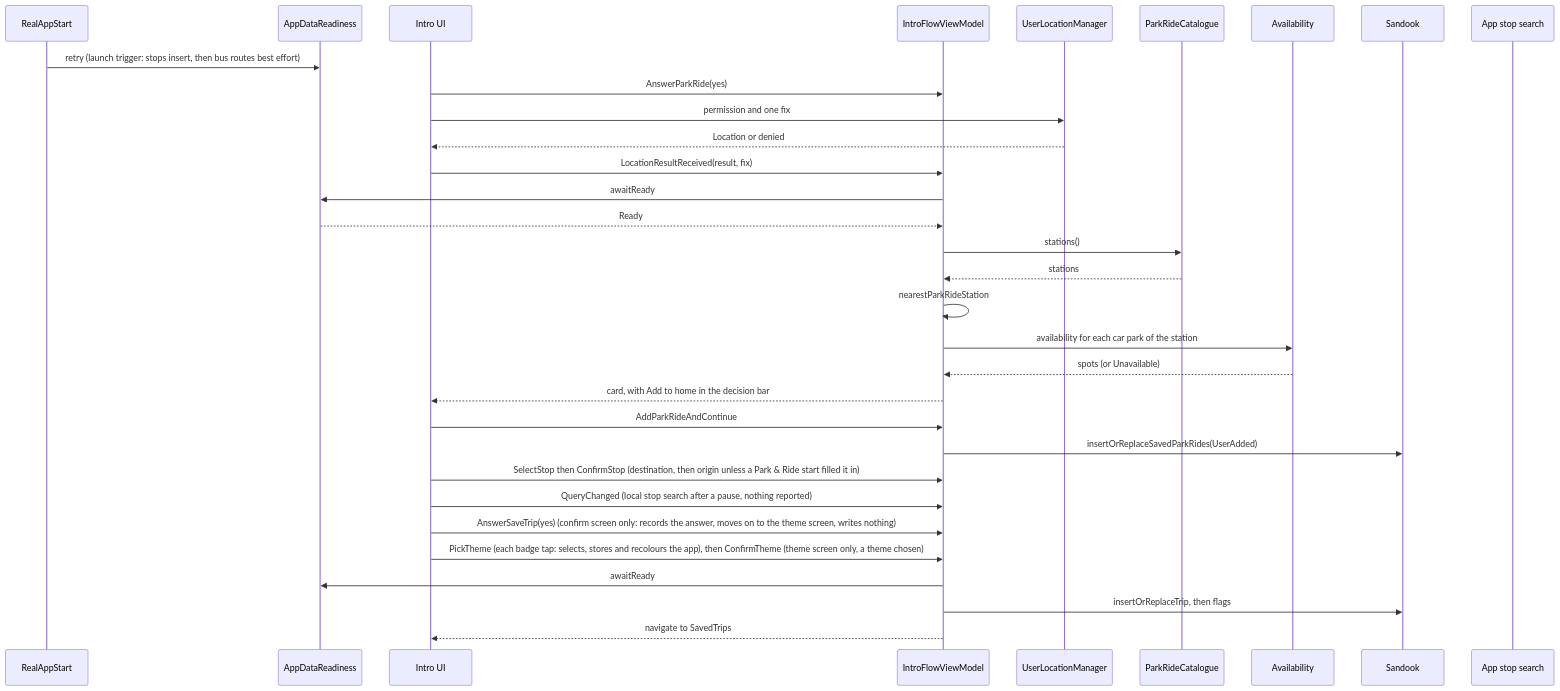
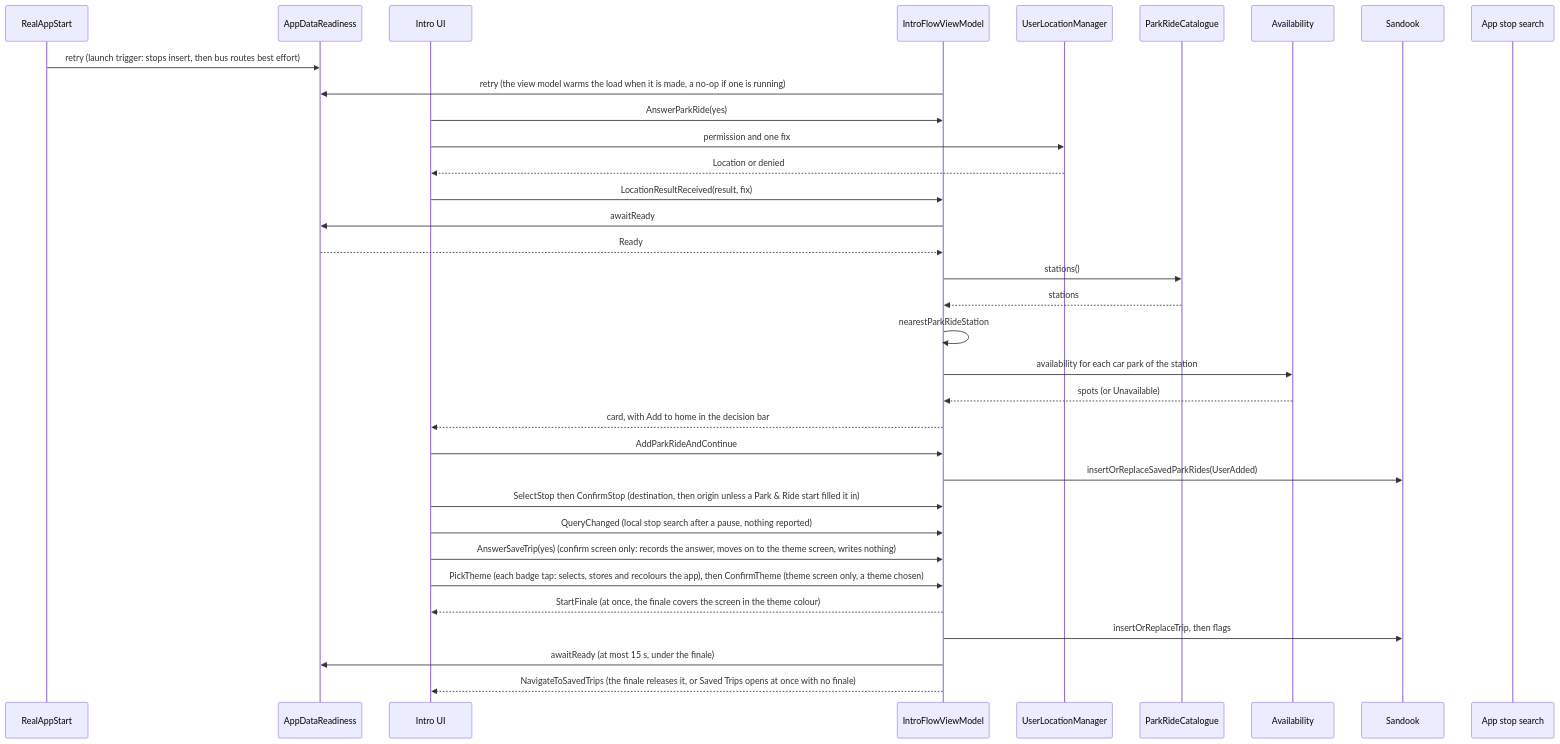
The second of 4 diagrams in docs/features/intro/ERD.md (ksharma-xyz/KRAIL), drawn with Mermaid before and after one commit. The commit also changed other lines of this file, not shown here.

````diff
--- a/docs/features/intro/ERD.md
+++ b/docs/features/intro/ERD.md
@@ -908,34 +909,36 @@
 ```mermaid
 sequenceDiagram
     participant App as RealAppStart
     participant R as AppDataReadiness
     participant UI as Intro UI
     participant VM as IntroFlowViewModel
     participant L as UserLocationManager
     participant C as ParkRideCatalogue
     participant A as Availability
     participant DB as Sandook
     participant S as App stop search
     App->>R: retry (launch trigger: stops insert, then bus routes best effort)
+    VM->>R: retry (the view model warms the load when it is made, a no-op if one is running)
     UI->>VM: AnswerParkRide(yes)
     UI->>L: permission and one fix
     L-->>UI: Location or denied
     UI->>VM: LocationResultReceived(result, fix)
     VM->>R: awaitReady
     R-->>VM: Ready
     VM->>C: stations()
     C-->>VM: stations
     VM->>VM: nearestParkRideStation
     VM->>A: availability for each car park of the station
     A-->>VM: spots (or Unavailable)
     VM-->>UI: card, with Add to home in the decision bar
     UI->>VM: AddParkRideAndContinue
     VM->>DB: insertOrReplaceSavedParkRides(UserAdded)
     UI->>VM: SelectStop then ConfirmStop (destination, then origin unless a Park & Ride start filled it in)
     UI->>VM: QueryChanged (local stop search after a pause, nothing reported)
     UI->>VM: AnswerSaveTrip(yes) (confirm screen only: records the answer, moves on to the theme screen, writes nothing)
     UI->>VM: PickTheme (each badge tap: selects, stores and recolours the app), then ConfirmTheme (theme screen only, a theme chosen)
-    VM->>R: awaitReady
+    VM-->>UI: StartFinale (at once, the finale covers the screen in the theme colour)
     VM->>DB: insertOrReplaceTrip, then flags
-    VM-->>UI: navigate to SavedTrips
+    VM->>R: awaitReady (at most 15 s, under the finale)
+    VM-->>UI: NavigateToSavedTrips (the finale releases it, or Saved Trips opens at once with no finale)
 ```
````
